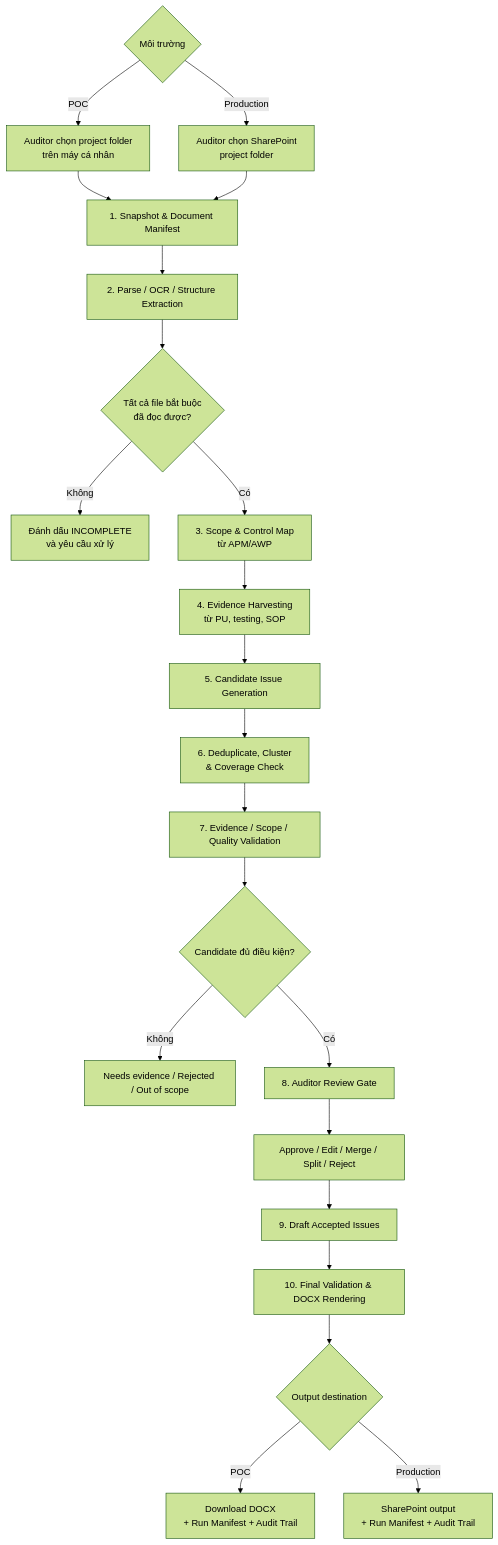
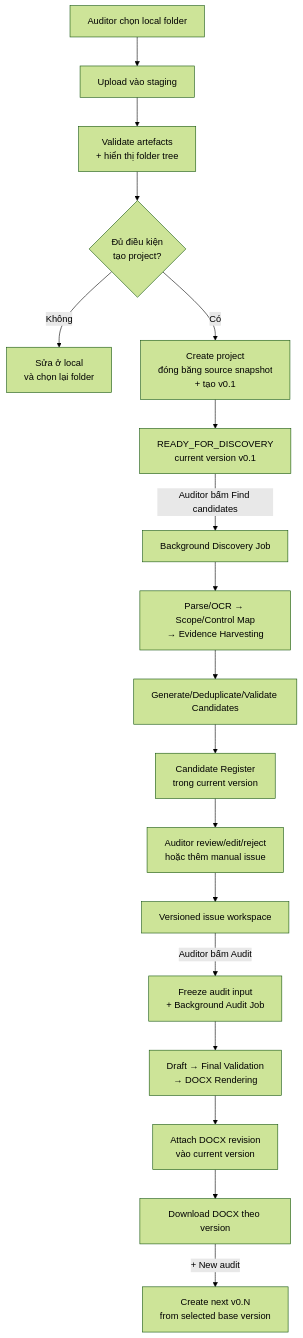
One commit to Duonghn257/IA_Audit changed the first of 2 diagrams in docs/v2/reference/TARGET_ARCHITECTURE.md. Above: the diagram before and after it, drawn with Mermaid (forest theme). The commit also changed other lines of this file and 87 other files, not shown here.

````diff
--- a/docs/v2/reference/TARGET_ARCHITECTURE.md
+++ b/docs/v2/reference/TARGET_ARCHITECTURE.md
@@ -77,24 +88,20 @@
 ```mermaid
 flowchart TD
-    A{Môi trường} -->|POC| A1[Auditor chọn project folder<br/>trên máy cá nhân]
-    A -->|Production| A2[Auditor chọn SharePoint<br/>project folder]
-    A1 --> B[1. Snapshot & Document Manifest]
-    A2 --> B
-    B --> C[2. Parse / OCR / Structure Extraction]
-    C --> D{Tất cả file bắt buộc<br/>đã đọc được?}
-    D -- Không --> E[Đánh dấu INCOMPLETE<br/>và yêu cầu xử lý]
-    D -- Có --> F[3. Scope & Control Map<br/>từ APM/AWP]
-    F --> G[4. Evidence Harvesting<br/>từ PU, testing, SOP]
-    G --> H[5. Candidate Issue Generation]
-    H --> I[6. Deduplicate, Cluster<br/>& Coverage Check]
-    I --> J[7. Evidence / Scope / Quality Validation]
-    J --> K{Candidate đủ điều kiện?}
-    K -- Không --> L[Needs evidence / Rejected / Out of scope]
-    K -- Có --> M[8. Auditor Review Gate]
-    M --> N[Approve / Edit / Merge / Split / Reject]
-    N --> O[9. Draft Accepted Issues]
-    O --> P[10. Final Validation & DOCX Rendering]
-    P --> Q{Output destination}
-    Q -->|POC| Q1[Download DOCX<br/>+ Run Manifest + Audit Trail]
-    Q -->|Production| Q2[SharePoint output<br/>+ Run Manifest + Audit Trail]
+    A[Auditor chọn local folder] --> B[Upload vào staging]
+    B --> C[Validate artefacts<br/>+ hiển thị folder tree]
+    C --> D{Đủ điều kiện<br/>tạo project?}
+    D -- Không --> E[Sửa ở local<br/>và chọn lại folder]
+    D -- Có --> F[Create project<br/>đóng băng source snapshot<br/>+ tạo v0.1]
+    F --> G[READY_FOR_DISCOVERY<br/>current version v0.1]
+    G -->|Auditor bấm Find candidates| H[Background Discovery Job]
+    H --> I[Parse/OCR → Scope/Control Map<br/>→ Evidence Harvesting]
+    I --> J[Generate/Deduplicate/Validate Candidates]
+    J --> K[Candidate Register<br/>trong current version]
+    K --> L[Auditor review/edit/reject<br/>hoặc thêm manual issue]
+    L --> M[Versioned issue workspace]
+    M -->|Auditor bấm Audit| N[Freeze audit input<br/>+ Background Audit Job]
+    N --> O[Draft → Final Validation<br/>→ DOCX Rendering]
+    O --> P[Attach DOCX revision<br/>vào current version]
+    P --> Q[Download DOCX theo version]
+    Q -->|+ New audit| R[Create next v0.N<br/>from selected base version]
 ```
````
